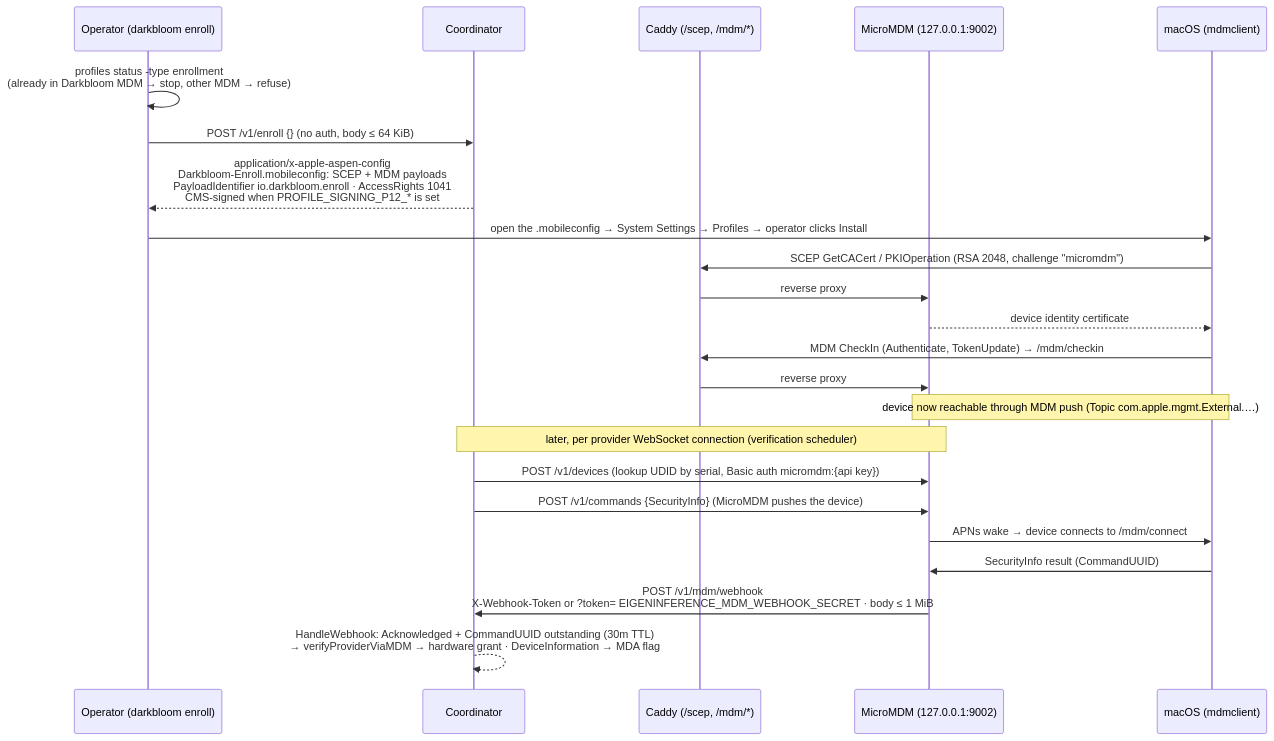
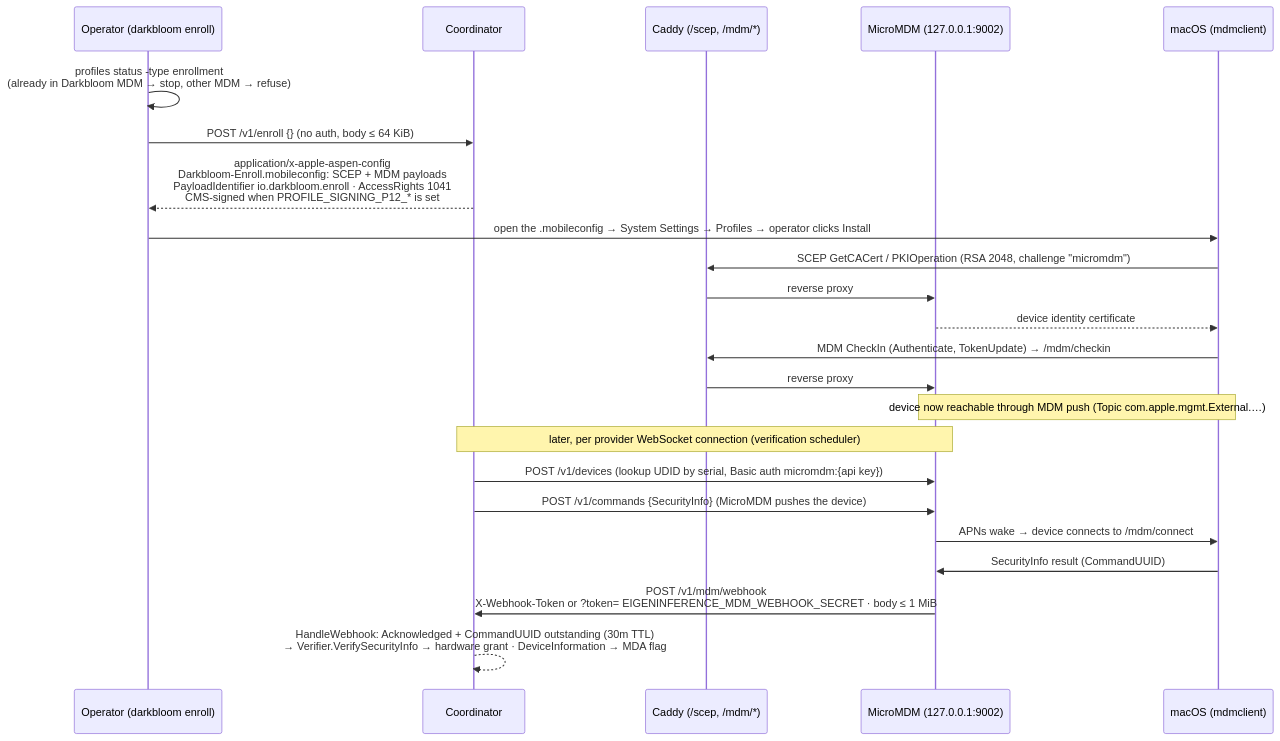
One commit to Layr-Labs/d-inference changed the diagram in docs/assets/diagrams/enrollment-flow.mmd. Above: the diagram before and after it, drawn with Mermaid. The commit also changed 18 other files, not shown here.

Commit message:
docs(provider): document registration and device verification

```diff
--- a/docs/assets/diagrams/enrollment-flow.mmd
+++ b/docs/assets/diagrams/enrollment-flow.mmd
@@ -1,29 +1,29 @@
 %% MDM enrollment as built at c5c404fca. Source of truth for enrollment-flow.svg;
 %% re-render after editing: mmdc -i enrollment-flow.mmd -o enrollment-flow.svg
 %% Symbols: coordinator/api/enroll.go, coordinator/api/server.go (HandleMDMWebhook),
 %% coordinator/mdm/mdm.go, provider-swift/Sources/ProviderCore/Auth/Enrollment.swift.
 sequenceDiagram
     participant O as Operator (darkbloom enroll)
     participant K as Coordinator
     participant X as Caddy (/scep, /mdm/*)
     participant M as MicroMDM (127.0.0.1:9002)
     participant D as macOS (mdmclient)
 
     O->>O: profiles status -type enrollment<br/>(already in Darkbloom MDM → stop, other MDM → refuse)
     O->>K: POST /v1/enroll {} (no auth, body ≤ 64 KiB)
     K-->>O: application/x-apple-aspen-config<br/>Darkbloom-Enroll.mobileconfig: SCEP + MDM payloads<br/>PayloadIdentifier io.darkbloom.enroll · AccessRights 1041<br/>CMS-signed when PROFILE_SIGNING_P12_* is set
     O->>D: open the .mobileconfig → System Settings → Profiles → operator clicks Install
     D->>X: SCEP GetCACert / PKIOperation (RSA 2048, challenge "micromdm")
     X->>M: reverse proxy
     M-->>D: device identity certificate
     D->>X: MDM CheckIn (Authenticate, TokenUpdate) → /mdm/checkin
     X->>M: reverse proxy
     Note over D,M: device now reachable through MDM push (Topic com.apple.mgmt.External.…)
 
     Note over K,M: later, per provider WebSocket connection (verification scheduler)
     K->>M: POST /v1/devices (lookup UDID by serial, Basic auth micromdm:{api key})
     K->>M: POST /v1/commands {SecurityInfo} (MicroMDM pushes the device)
     M->>D: APNs wake → device connects to /mdm/connect
     D->>M: SecurityInfo result (CommandUUID)
     M->>K: POST /v1/mdm/webhook<br/>X-Webhook-Token or ?token= EIGENINFERENCE_MDM_WEBHOOK_SECRET · body ≤ 1 MiB
-    K-->>K: HandleWebhook: Acknowledged + CommandUUID outstanding (30m TTL)<br/>→ verifyProviderViaMDM → hardware grant · DeviceInformation → MDA flag
+    K-->>K: HandleWebhook: Acknowledged + CommandUUID outstanding (30m TTL)<br/>→ Verifier.VerifySecurityInfo → hardware grant · DeviceInformation → MDA flag
```
